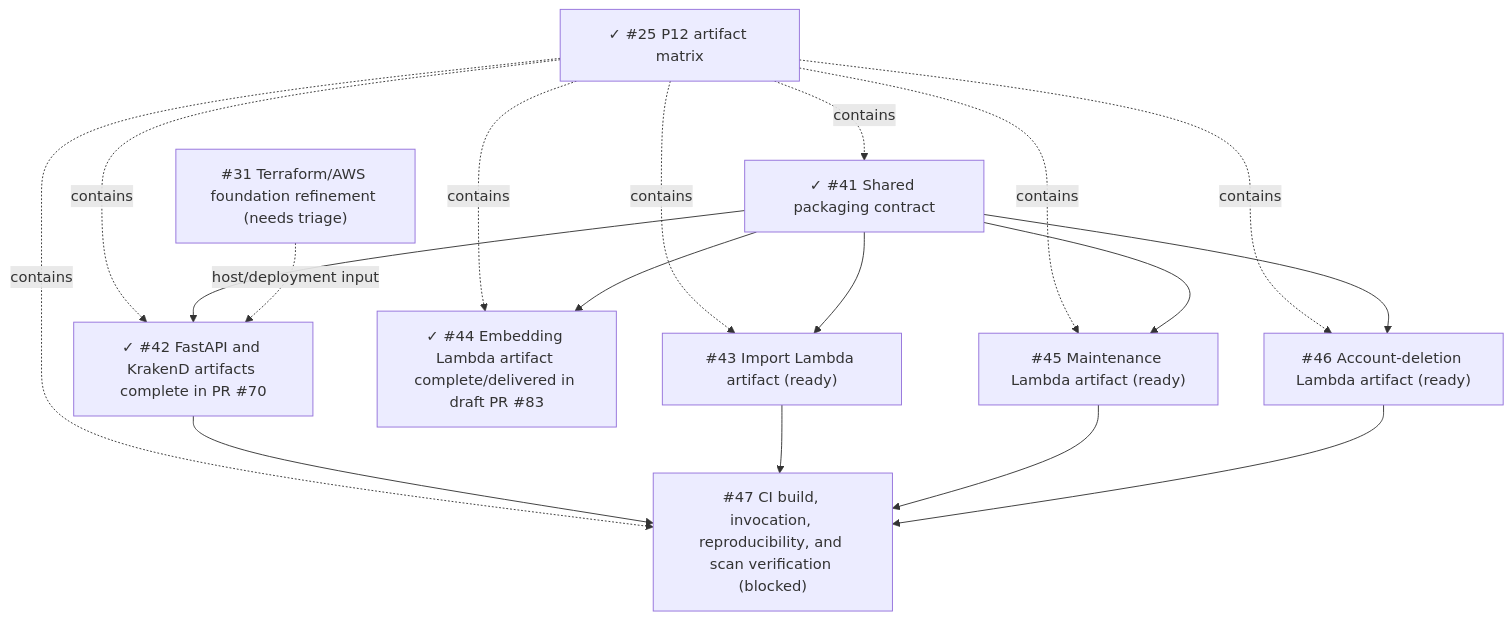
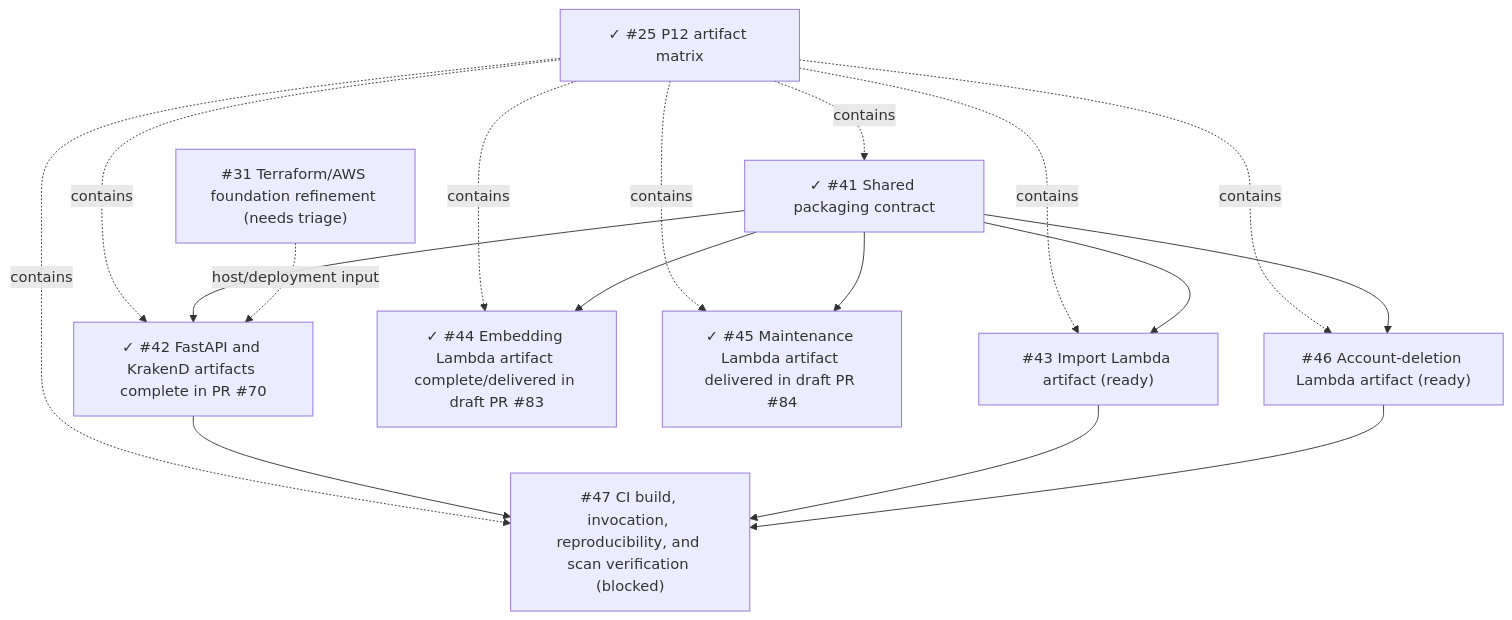
The diagram in docs/specs/2026-08-14-p12-production-artifact-matrix.md (starkovalera/recipe-manager), drawn with Mermaid before and after one commit. The commit also changed other lines of this file and 10 other files, not shown here.

First line of the commit message:
[DEV][INFRA] Build maintenance Lambda production artifact (#84)

````diff
--- a/docs/specs/2026-08-14-p12-production-artifact-matrix.md
+++ b/docs/specs/2026-08-14-p12-production-artifact-matrix.md
@@ -256,33 +256,32 @@
 ```mermaid
 flowchart TD
   p25["✓ #25 P12 artifact matrix"]
   shared["✓ #41 Shared packaging contract"]
   api["✓ #42 FastAPI and KrakenD artifacts complete in PR #70"]
   import["#43 Import Lambda artifact (ready)"]
   embedding["✓ #44 Embedding Lambda artifact complete/delivered in draft PR #83"]
-  maintenance["#45 Maintenance Lambda artifact (ready)"]
+  maintenance["✓ #45 Maintenance Lambda artifact delivered in draft PR #84"]
   deletion["#46 Account-deletion Lambda artifact (ready)"]
   ci["#47 CI build, invocation, reproducibility, and scan verification (blocked)"]
   infra["#31 Terraform/AWS foundation refinement (needs triage)"]
 
   p25 -. contains .-> shared
   p25 -. contains .-> api
   p25 -. contains .-> import
   p25 -. contains .-> embedding
   p25 -. contains .-> maintenance
   p25 -. contains .-> deletion
   p25 -. contains .-> ci
 
   shared --> api
   shared --> import
   shared --> embedding
   shared --> maintenance
   shared --> deletion
 
   api --> ci
   import --> ci
-  maintenance --> ci
   deletion --> ci
 
   infra -. host/deployment input .-> api
 ```
````
